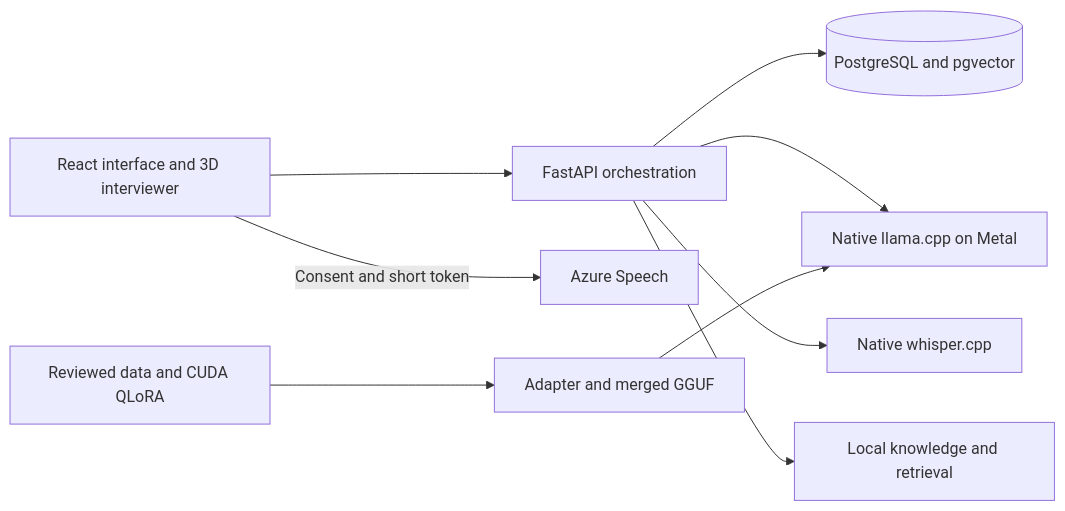
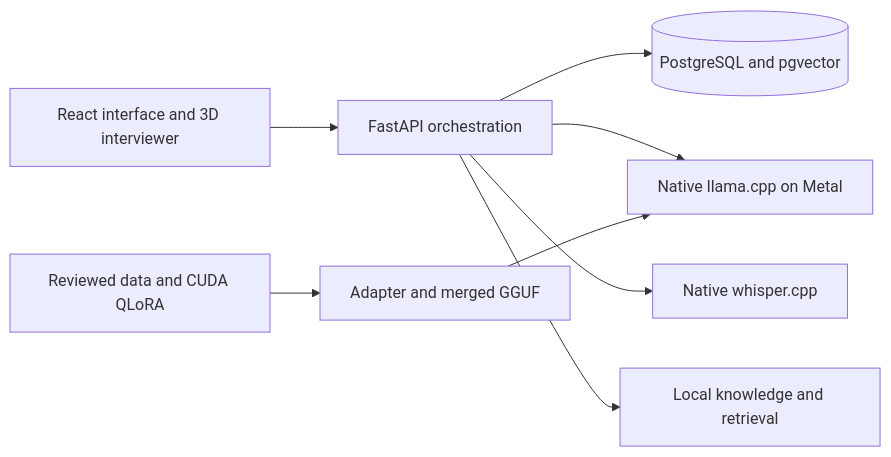
One commit to DanYYY0912/COMP4431_GroupProject_InterviewCoach changed the diagram in README.md. Above: the diagram before and after it, drawn with Mermaid. The commit also changed other lines of this file and 17 other files, not shown here.

````diff
--- a/README.md
+++ b/README.md
@@ -95,11 +109,10 @@
 ```mermaid
 flowchart LR
     UI[React interface and 3D interviewer] --> API[FastAPI orchestration]
-    UI -->|Consent and short token| Azure[Azure Speech]
     API --> DB[(PostgreSQL and pgvector)]
     API --> LLM[Native llama.cpp on Metal]
     API --> STT[Native whisper.cpp]
     API --> RAG[Local knowledge and retrieval]
     Training[Reviewed data and CUDA QLoRA] --> Adapter[Adapter and merged GGUF]
     Adapter --> LLM
 ```
````
